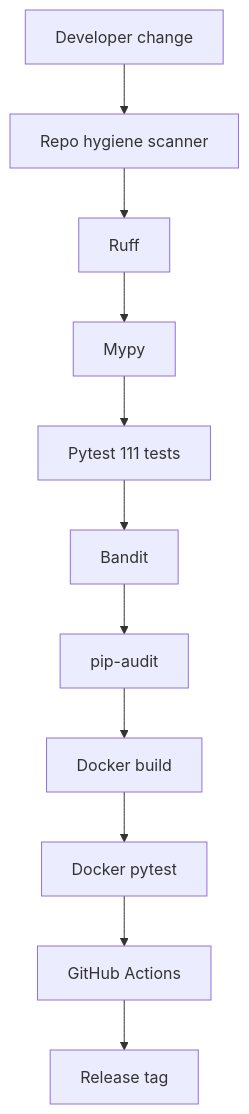
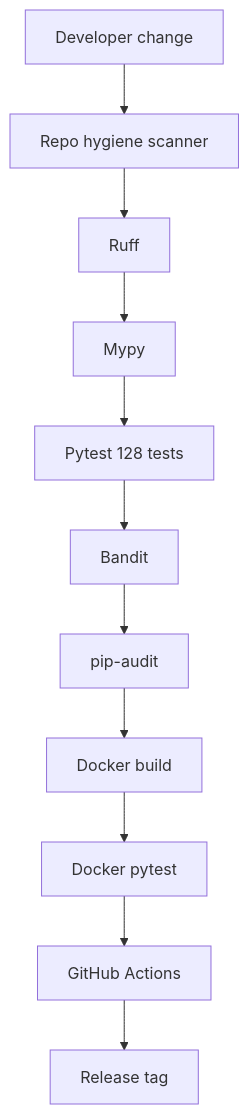
The fourth of 4 diagrams in README.md (codethor0/llm-agent-control-plane-lab), drawn with Mermaid before and after one commit. The commit also changed other lines of this file and 13 other files, not shown here.

````diff
--- a/README.md
+++ b/README.md
@@ -174,16 +174,16 @@
 ```mermaid
 flowchart TD
   ch[Developer change]
   rh[Repo hygiene scanner]
   rf[Ruff]
   my[Mypy]
-  py[Pytest 111 tests]
+  py[Pytest 128 tests]
   bd[Bandit]
   pa[pip-audit]
   dk[Docker build]
   dt[Docker pytest]
   ga[GitHub Actions]
   rel[Release tag]
 
   ch --> rh --> rf --> my --> py --> bd --> pa --> dk --> dt --> ga --> rel
 ```
````
